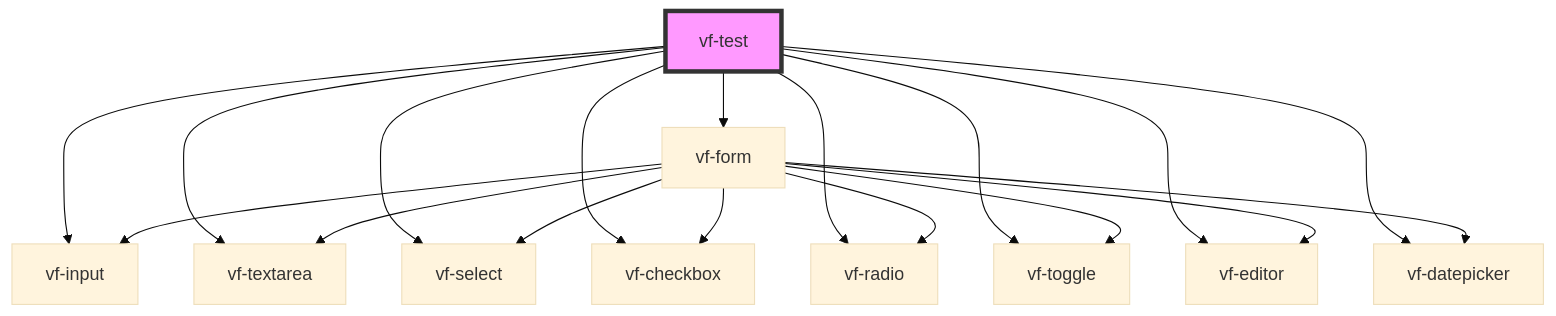
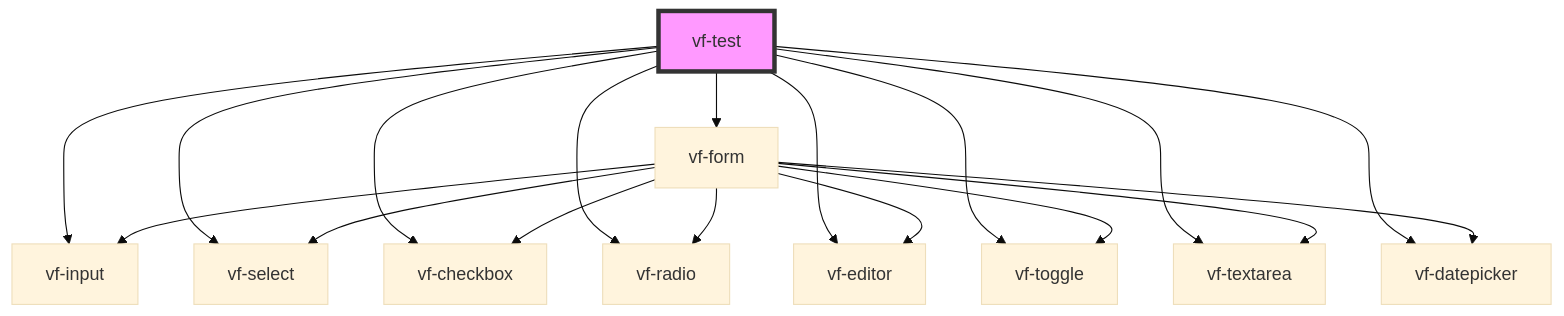
The diagram in src/readme.md (ols87/formable), drawn with Mermaid (base theme) before and after one commit. The commit also changed other lines of this file and 14 other files, not shown here.

````diff
--- a/src/readme.md
+++ b/src/readme.md
@@ -43,21 +45,21 @@
 ```mermaid
 graph TD;
-  vf-test --> vf-form
   vf-test --> vf-input
   vf-test --> vf-select
   vf-test --> vf-checkbox
   vf-test --> vf-radio
   vf-test --> vf-editor
   vf-test --> vf-toggle
   vf-test --> vf-textarea
   vf-test --> vf-datepicker
+  vf-test --> vf-form
+  vf-form --> vf-checkbox
+  vf-form --> vf-datepicker
+  vf-form --> vf-editor
   vf-form --> vf-input
+  vf-form --> vf-radio
+  vf-form --> vf-select
   vf-form --> vf-textarea
-  vf-form --> vf-select
-  vf-form --> vf-checkbox
-  vf-form --> vf-radio
   vf-form --> vf-toggle
-  vf-form --> vf-editor
-  vf-form --> vf-datepicker
   style vf-test fill:#f9f,stroke:#333,stroke-width:4px
 ```
````
